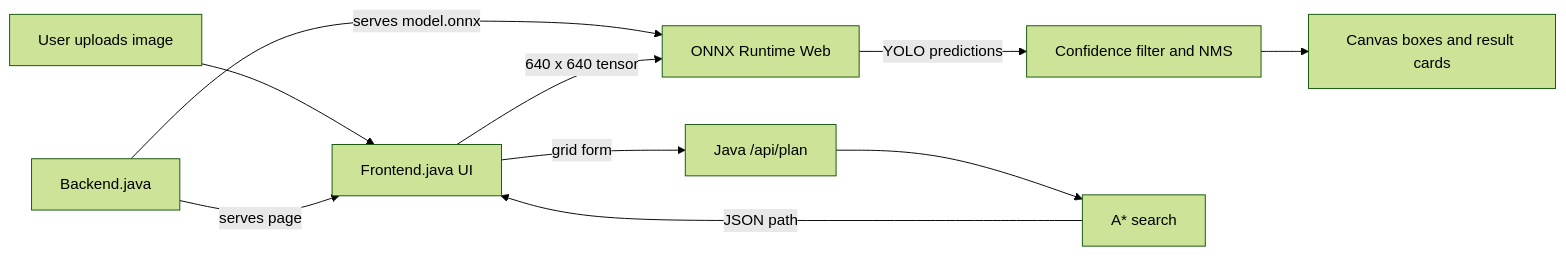
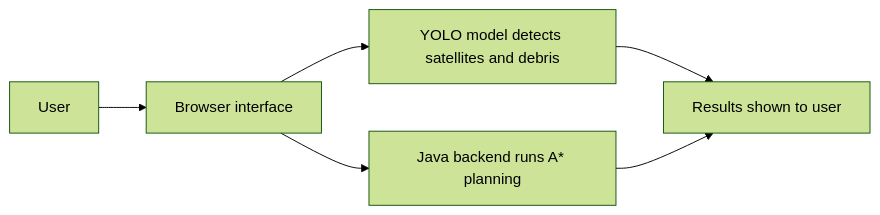
One commit to Shushant-Kharate/YoLo changed the diagram in README.md. Above: the diagram before and after it, drawn with Mermaid (forest theme). The commit also changed other lines of this file, not shown here.

Commit message:
Simplify README architecture diagram

````diff
--- a/README.md
+++ b/README.md
@@ -56,12 +56,8 @@
 ```mermaid
 flowchart LR
-    U[User uploads image] --> UI[Frontend.java UI]
-    B[Backend.java] -->|serves page| UI
-    B -->|serves model.onnx| ORT[ONNX Runtime Web]
-    UI -->|640 x 640 tensor| ORT
-    ORT -->|YOLO predictions| NMS[Confidence filter and NMS]
-    NMS --> BOX[Canvas boxes and result cards]
-    UI -->|grid form| API[Java /api/plan]
-    API --> ASTAR[A* search]
-    ASTAR -->|JSON path| UI
+    U[User] --> F[Browser interface]
+    F --> M[YOLO model detects satellites and debris]
+    F --> B[Java backend runs A* planning]
+    M --> R[Results shown to user]
+    B --> R
 ```
````
